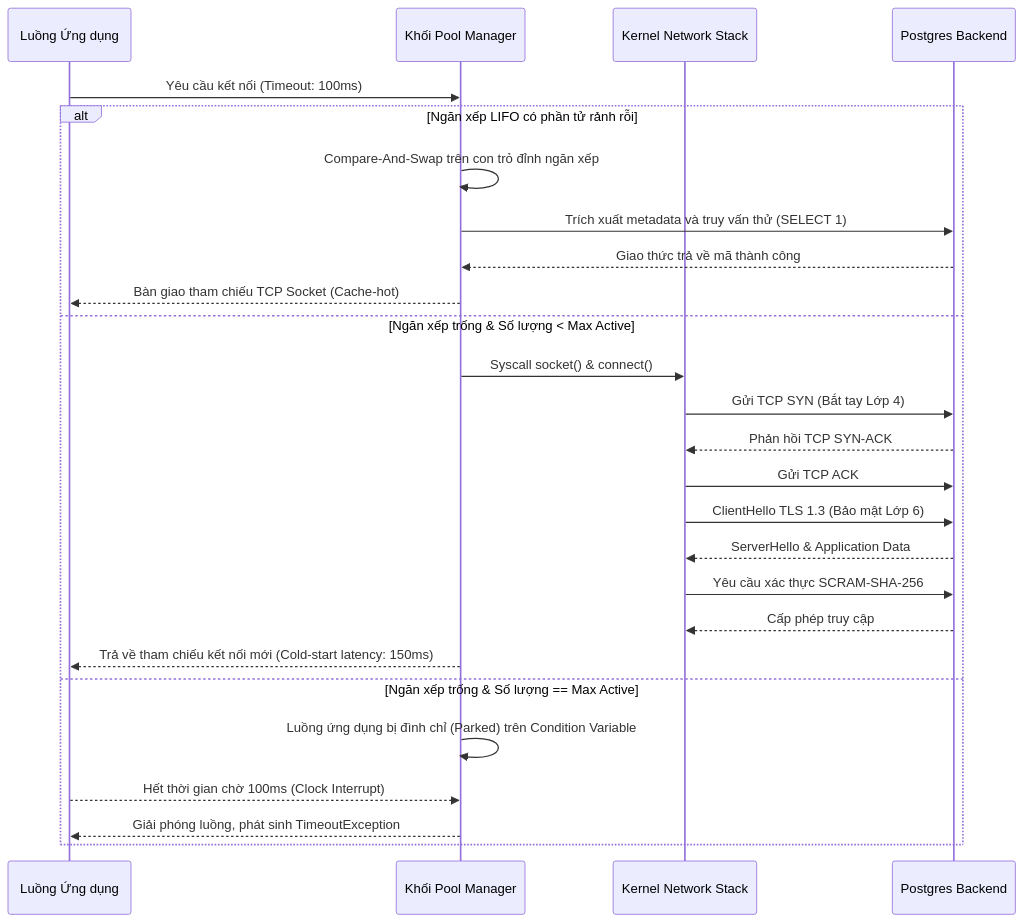
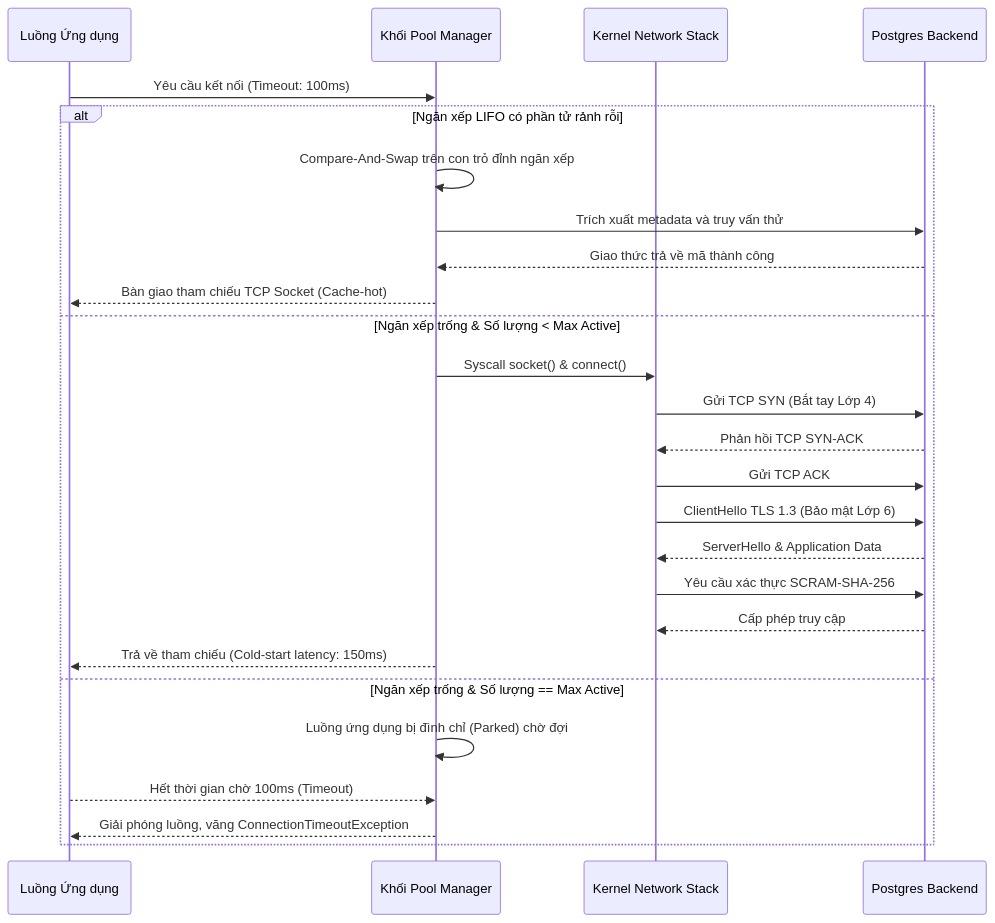
Before and after one commit to caubebinhan/landingpage: the second of 2 diagrams in blogs/part-6/41-database-connection-pooling.md, drawn with Mermaid. The commit also changed other lines of this file and 6563 other files, not shown here.

````diff
--- a/blogs/part-6/41-database-connection-pooling.md
+++ b/blogs/part-6/41-database-connection-pooling.md
@@ -109,29 +199,29 @@
 ```mermaid
 sequenceDiagram
     participant App as Luồng Ứng dụng
     participant Pool as Khối Pool Manager
     participant OS as Kernel Network Stack
     participant DB as Postgres Backend
     
     App->>Pool: Yêu cầu kết nối (Timeout: 100ms)
     alt Ngăn xếp LIFO có phần tử rảnh rỗi
         Pool->>Pool: Compare-And-Swap trên con trỏ đỉnh ngăn xếp
-        Pool->>DB: Trích xuất metadata và truy vấn thử (SELECT 1)
+        Pool->>DB: Trích xuất metadata và truy vấn thử
         DB-->>Pool: Giao thức trả về mã thành công
         Pool-->>App: Bàn giao tham chiếu TCP Socket (Cache-hot)
     else Ngăn xếp trống & Số lượng < Max Active
         Pool->>OS: Syscall socket() & connect()
         OS->>DB: Gửi TCP SYN (Bắt tay Lớp 4)
         DB-->>OS: Phản hồi TCP SYN-ACK
         OS->>DB: Gửi TCP ACK
         OS->>DB: ClientHello TLS 1.3 (Bảo mật Lớp 6)
         DB-->>OS: ServerHello & Application Data
         OS->>DB: Yêu cầu xác thực SCRAM-SHA-256
         DB-->>OS: Cấp phép truy cập
-        Pool-->>App: Trả về tham chiếu kết nối mới (Cold-start latency: 150ms)
+        Pool-->>App: Trả về tham chiếu (Cold-start latency: 150ms)
     else Ngăn xếp trống & Số lượng == Max Active
-        Pool->>Pool: Luồng ứng dụng bị đình chỉ (Parked) trên Condition Variable
-        App-->>Pool: Hết thời gian chờ 100ms (Clock Interrupt)
-        Pool-->>App: Giải phóng luồng, phát sinh TimeoutException
+        Pool->>Pool: Luồng ứng dụng bị đình chỉ (Parked) chờ đợi
+        App-->>Pool: Hết thời gian chờ 100ms (Timeout)
+        Pool-->>App: Giải phóng luồng, văng ConnectionTimeoutException
     end
 ```
````
